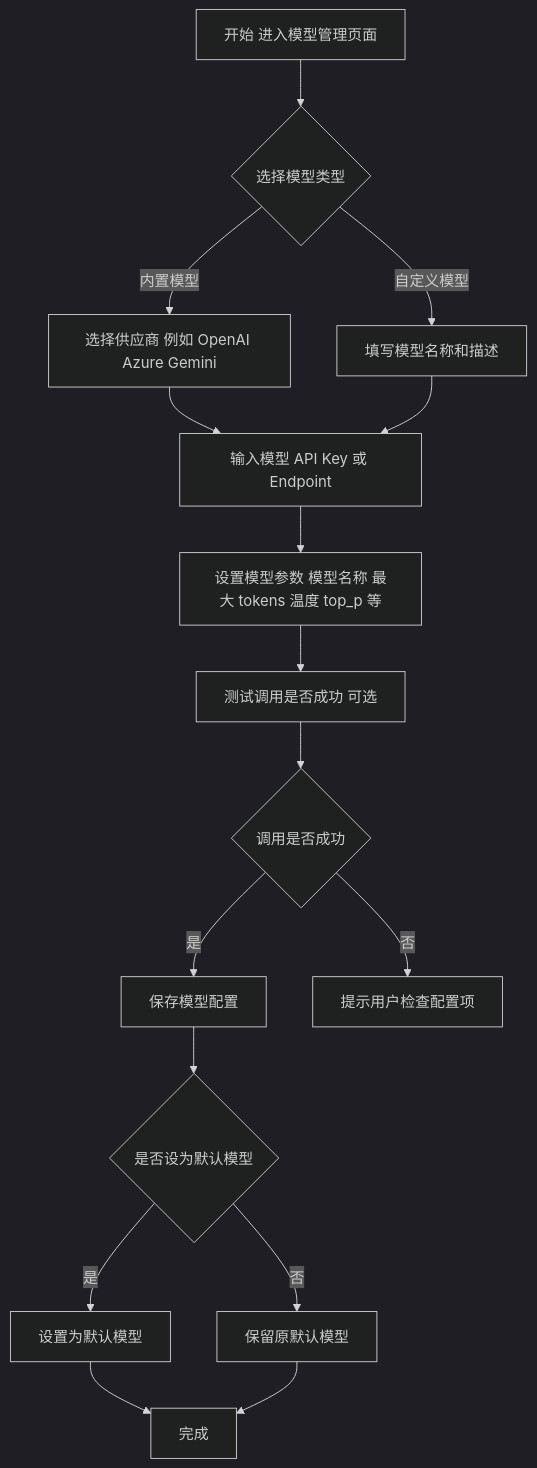
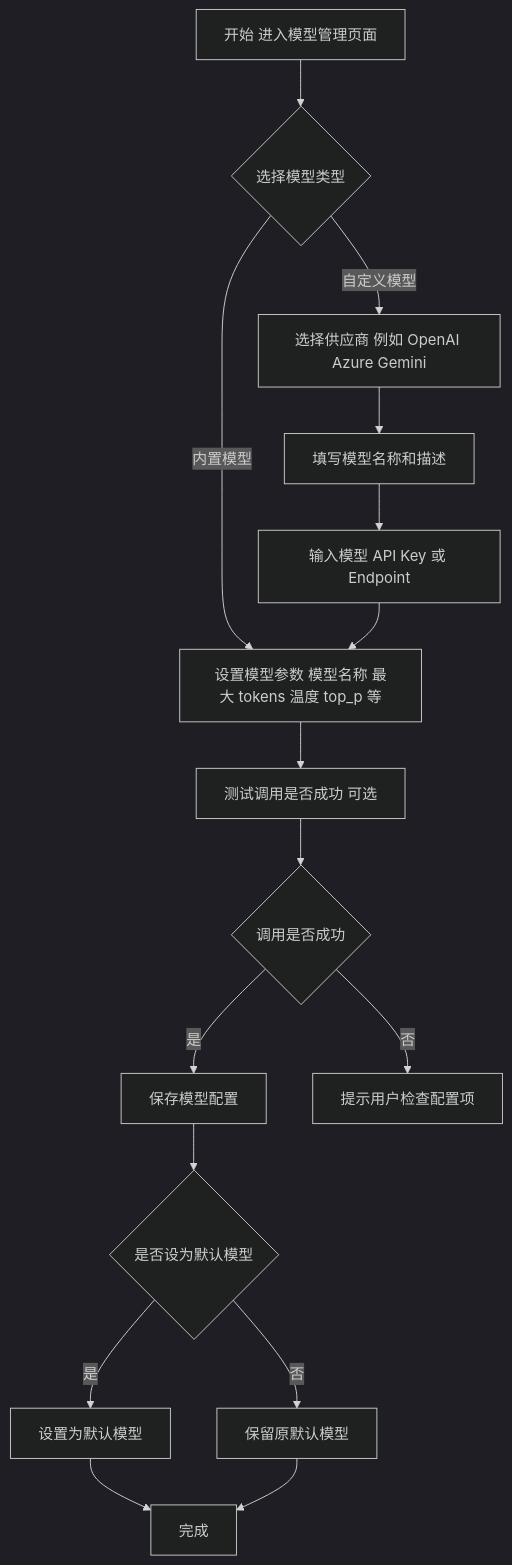
The third of 4 diagrams in doc/详细设计/一期设计文档.md (platootalp/gaia), drawn with Mermaid (dark theme) before and after one commit. The commit also changed other lines of this file and 9 other files, not shown here.

````diff
--- a/doc/详细设计/一期设计文档.md
+++ b/doc/详细设计/一期设计文档.md
@@ -101,20 +101,20 @@
 ```mermaid
 flowchart TD
     A[开始 进入模型管理页面] --> B{选择模型类型}
-    B -->|内置模型| C[选择供应商 例如 OpenAI Azure Gemini]
-    B -->|自定义模型| D[填写模型名称和描述]
-    C --> E[输入模型 API Key 或 Endpoint]
-    D --> E
-    E --> F[设置模型参数 模型名称 最大 tokens 温度 top_p 等]
-    F --> G[测试调用是否成功 可选]
+    B -->|内置模型| F1[设置模型参数 模型名称 最大 tokens 温度 top_p 等]
+    B -->|自定义模型| C1[选择供应商 例如 OpenAI Azure Gemini]
+    C1 --> D1[填写模型名称和描述]
+    D1 --> E1[输入模型 API Key 或 Endpoint]
+    E1 --> F1
+    F1 --> G[测试调用是否成功 可选]
     G --> H{调用是否成功}
     H -->|是| I[保存模型配置]
     H -->|否| J[提示用户检查配置项]
     I --> K{是否设为默认模型}
     K -->|是| L[设置为默认模型]
     K -->|否| M[保留原默认模型]
     L --> N[完成]
     M --> N
 
 
 ```
````
